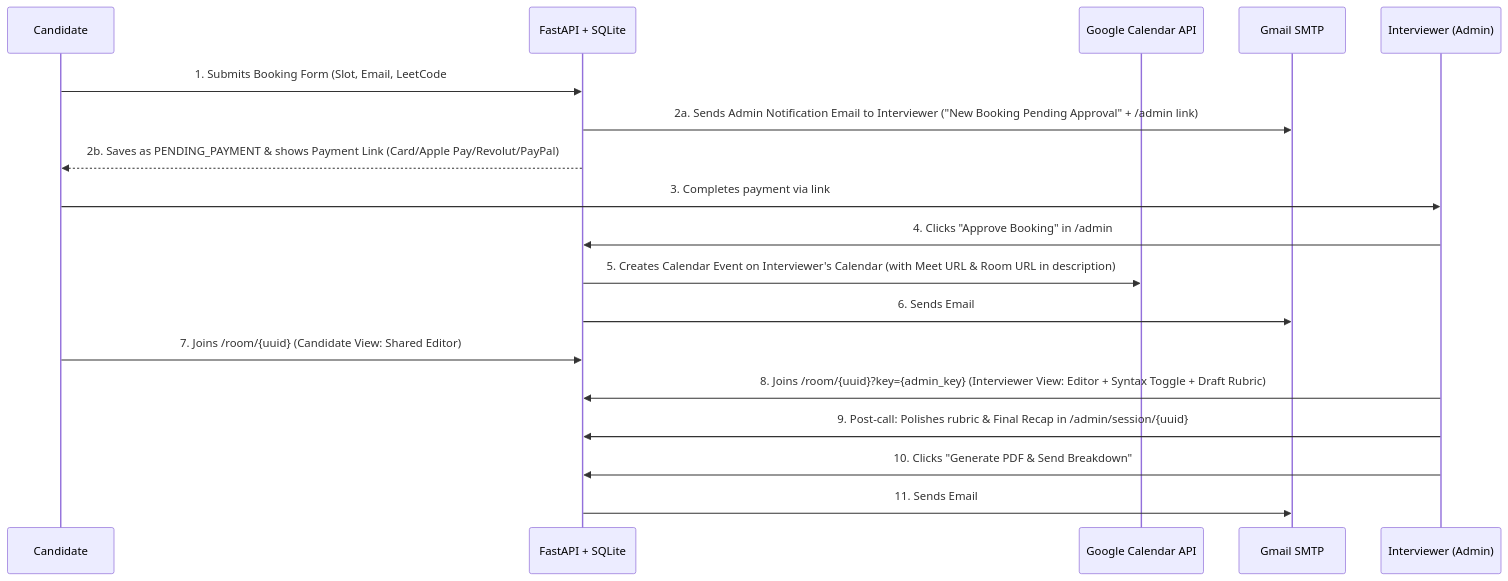
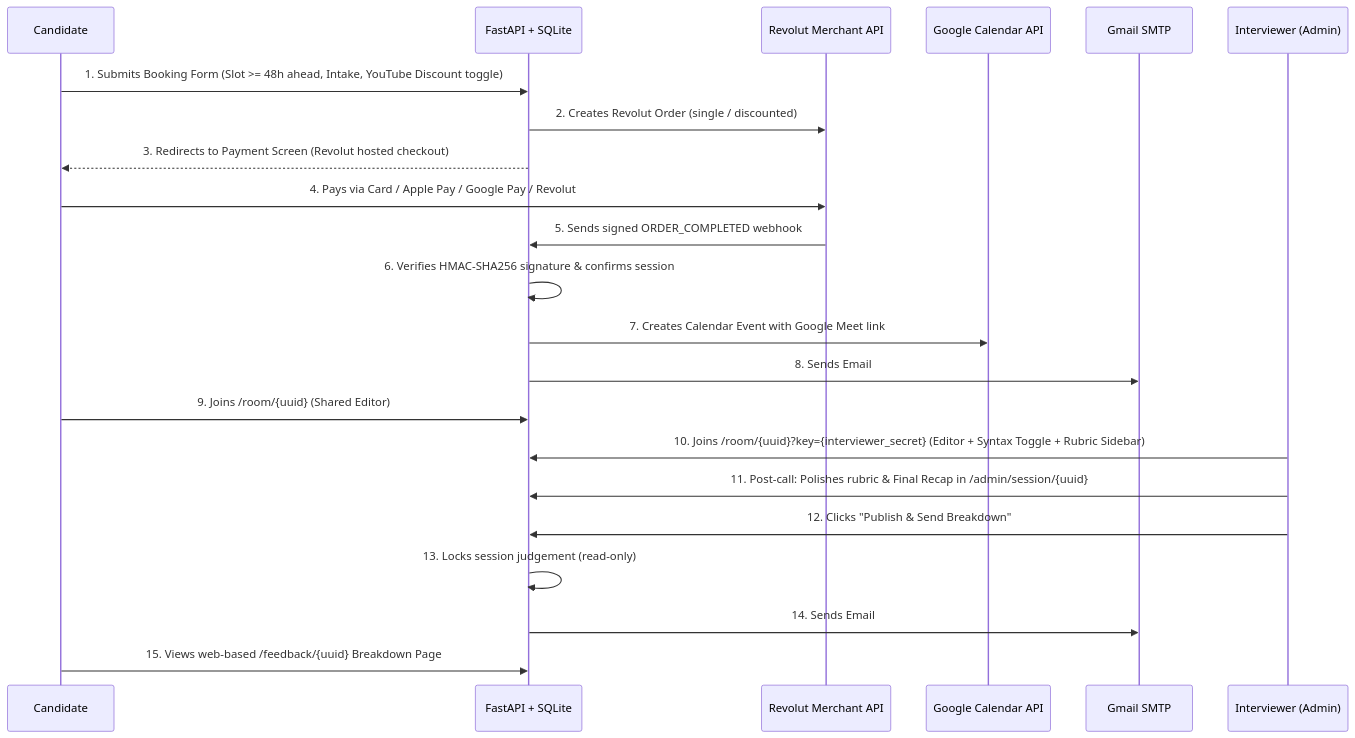
One commit to FedeGalli/strong-hire changed the diagram in SPECIFICATION.md. Above: the diagram before and after it, drawn with Mermaid. The commit also changed other lines of this file and 56 other files, not shown here.

````diff
--- a/SPECIFICATION.md
+++ b/SPECIFICATION.md
@@ -29,21 +35,25 @@
 ```mermaid
 sequenceDiagram
     participant C as Candidate
     participant App as FastAPI + SQLite
+    participant Rev as Revolut Merchant API
     participant GCal as Google Calendar API
     participant SMTP as Gmail SMTP
     participant I as Interviewer (Admin)
 
-    C->>App: 1. Submits Booking Form (Slot, Email, LeetCode #, Target Co, Role, Lang, Resume)
-    App->>SMTP: 2a. Sends Admin Notification Email to Interviewer ("New Booking Pending Approval" + /admin link)
-    App-->>C: 2b. Saves as PENDING_PAYMENT & shows Payment Link (Card/Apple Pay/Revolut/PayPal)
-    C->>I: 3. Completes payment via link
-    I->>App: 4. Clicks "Approve Booking" in /admin
-    App->>GCal: 5. Creates Calendar Event on Interviewer's Calendar (with Meet URL & Room URL in description)
-    App->>SMTP: 6. Sends Email #1 (Message-ID: <session-uuid@domain>) with .ics + Meet URL + Room URL
-    C->>App: 7. Joins /room/{uuid} (Candidate View: Shared Editor)
-    I->>App: 8. Joins /room/{uuid}?key={admin_key} (Interviewer View: Editor + Syntax Toggle + Draft Rubric)
-    I->>App: 9. Post-call: Polishes rubric & Final Recap in /admin/session/{uuid}
-    I->>App: 10. Clicks "Generate PDF & Send Breakdown"
-    App->>SMTP: 11. Sends Email #2 (In-Reply-To & References = Email #1 Message-ID) with PDF attached
+    C->>App: 1. Submits Booking Form (Slot >= 48h ahead, Intake, YouTube Discount toggle)
+    App->>Rev: 2. Creates Revolut Order (single / discounted)
+    App-->>C: 3. Redirects to Payment Screen (Revolut hosted checkout)
+    C->>Rev: 4. Pays via Card / Apple Pay / Google Pay / Revolut
+    Rev->>App: 5. Sends signed ORDER_COMPLETED webhook
+    App->>App: 6. Verifies HMAC-SHA256 signature & confirms session
+    App->>GCal: 7. Creates Calendar Event with Google Meet link
+    App->>SMTP: 8. Sends Email #1 (Message-ID: <session-uuid@domain>) with .ics + Meet URL + Room URL
+    C->>App: 9. Joins /room/{uuid} (Shared Editor)
+    I->>App: 10. Joins /room/{uuid}?key={interviewer_secret} (Editor + Syntax Toggle + Rubric Sidebar)
+    I->>App: 11. Post-call: Polishes rubric & Final Recap in /admin/session/{uuid}
+    I->>App: 12. Clicks "Publish & Send Breakdown"
+    App->>App: 13. Locks session judgement (read-only)
+    App->>SMTP: 14. Sends Email #2 (In-Reply-To & References = Email #1 Message-ID) with /feedback/{id} link
+    C->>App: 15. Views web-based /feedback/{uuid} Breakdown Page
 ```
````
